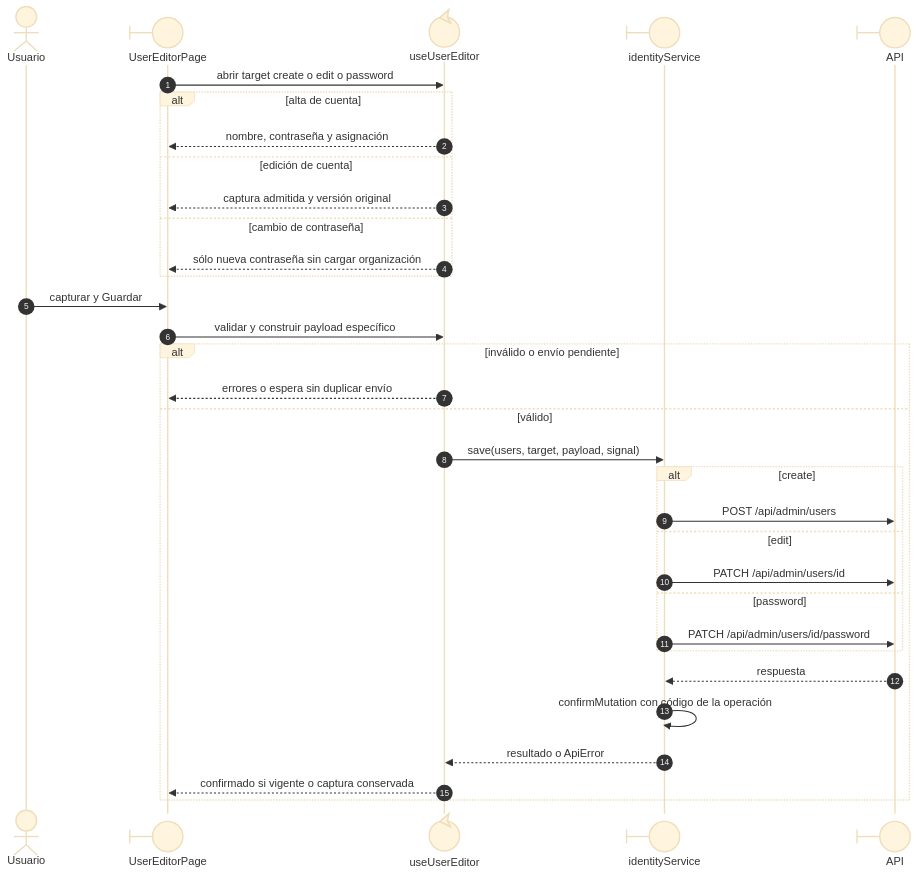
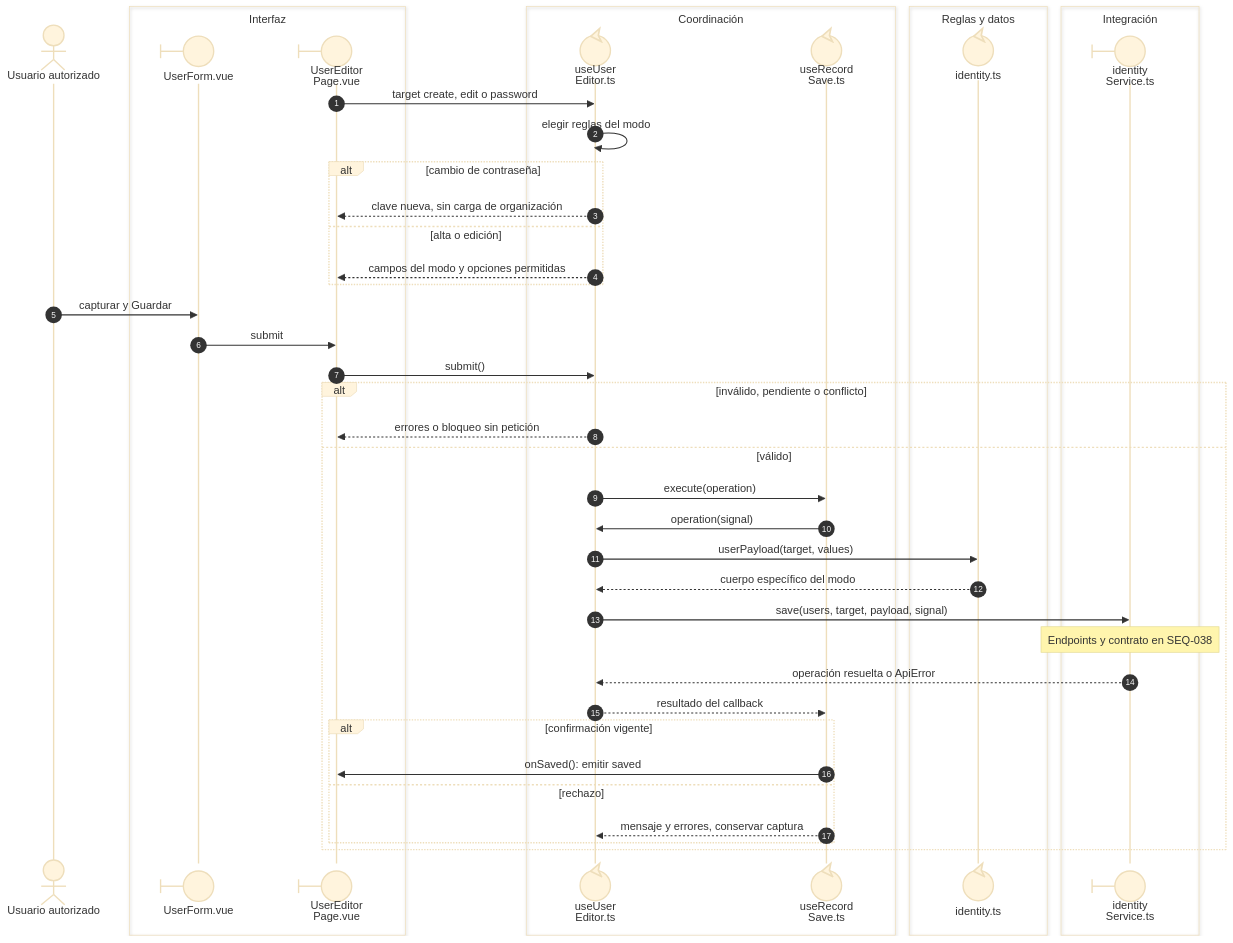
The diagram in front/docs/architecture/views/processes/04-identity/02-user-account.md (gpgsistemas01/nexus), drawn with Mermaid (base theme) before and after one commit. The commit also changed other lines of this file and 46 other files, not shown here.

Commit message:
docs: alinear secuencias Vue con participantes y callbacks reales

````diff
--- a/front/docs/architecture/views/processes/04-identity/02-user-account.md
+++ b/front/docs/architecture/views/processes/04-identity/02-user-account.md
@@ -15,35 +13,46 @@
 ```mermaid
 sequenceDiagram
     autonumber
-    actor Usuario
-    participant Page@{ "type": "boundary" } as UserEditorPage
-    participant Editor@{ "type": "control" } as useUserEditor
-    participant Service@{ "type": "boundary" } as identityService
-    participant API@{ "type": "boundary" } as API
-    Page->>Editor: abrir target create o edit o password
-    alt alta de cuenta
-        Editor-->>Page: nombre, contraseña y asignación
-    else edición de cuenta
-        Editor-->>Page: captura admitida y versión original
-    else cambio de contraseña
-        Editor-->>Page: sólo nueva contraseña sin cargar organización
+    actor U as Usuario autorizado
+    box Interfaz
+    participant Form@{ "type": "boundary" } as UserForm.vue
+    participant Page@{ "type": "boundary" } as UserEditor<br/>Page.vue
     end
-    Usuario->>Page: capturar y Guardar
-    Page->>Editor: validar y construir payload específico
-    alt inválido o envío pendiente
-        Editor-->>Page: errores o espera sin duplicar envío
+    box Coordinación
+    participant Editor@{ "type": "control" } as useUser<br/>Editor.ts
+    participant Save@{ "type": "control" } as useRecord<br/>Save.ts
+    end
+    box Reglas y datos
+    participant Payload@{ "type": "control" } as identity.ts
+    end
+    box Integración
+    participant Service@{ "type": "boundary" } as identity<br/>Service.ts
+    end
+    Page->>Editor: target create, edit o password
+    Editor->>Editor: elegir reglas del modo
+    alt cambio de contraseña
+        Editor-->>Page: clave nueva, sin carga de organización
+    else alta o edición
+        Editor-->>Page: campos del modo y opciones permitidas
+    end
+    U->>Form: capturar y Guardar
+    Form->>Page: submit
+    Page->>Editor: submit()
+    alt inválido, pendiente o conflicto
+        Editor-->>Page: errores o bloqueo sin petición
     else válido
+        Editor->>Save: execute(operation)
+        Save->>Editor: operation(signal)
+        Editor->>Payload: userPayload(target, values)
+        Payload-->>Editor: cuerpo específico del modo
         Editor->>Service: save(users, target, payload, signal)
-        alt create
-            Service->>API: POST /api/admin/users
-        else edit
-            Service->>API: PATCH /api/admin/users/id
-        else password
-            Service->>API: PATCH /api/admin/users/id/password
+        Note over Service: Endpoints y contrato en SEQ-038
+        Service-->>Editor: operación resuelta o ApiError
+        Editor-->>Save: resultado del callback
+        alt confirmación vigente
+            Save->>Page: onSaved(): emitir saved
+        else rechazo
+            Save-->>Editor: mensaje y errores, conservar captura
         end
-        API-->>Service: respuesta
-        Service->>Service: confirmMutation con código de la operación
-        Service-->>Editor: resultado o ApiError
-        Editor-->>Page: confirmado si vigente o captura conservada
     end
 ```
````
